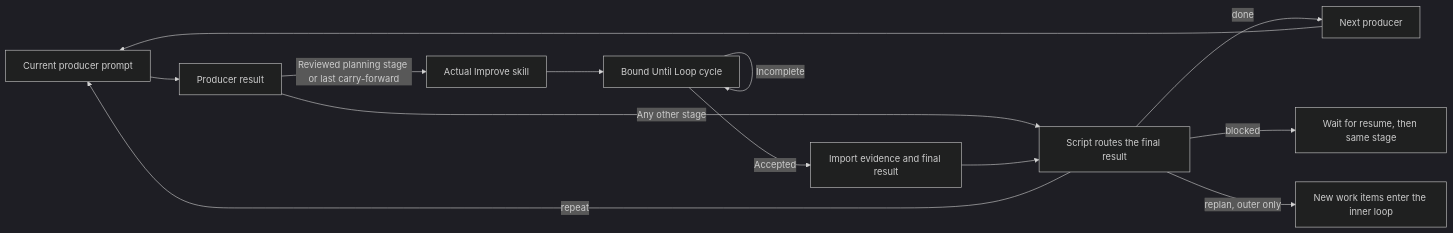
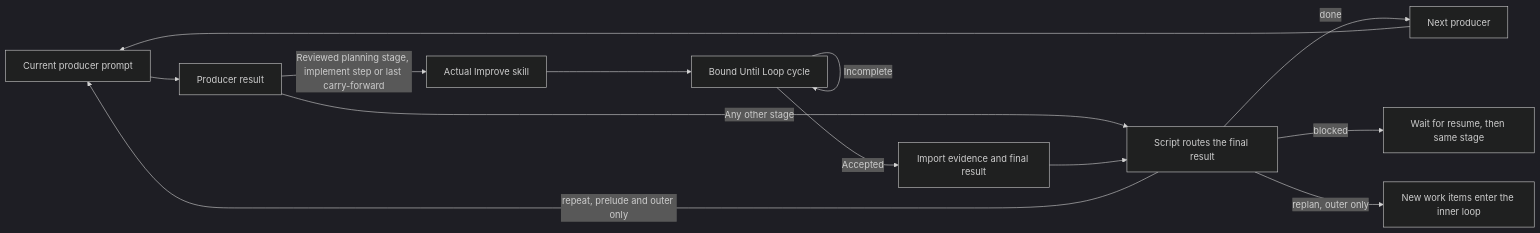
Before and after one commit to whichguy/skill-craft: the first of 4 diagrams in skills/shiploop/references/navigator.md, drawn with Mermaid (dark theme). The commit also changed other lines of this file and 80 other files, not shown here.

````diff
--- a/skills/shiploop/references/navigator.md
+++ b/skills/shiploop/references/navigator.md
@@ -20,15 +20,15 @@
 ```mermaid
 flowchart LR
   P[Current producer prompt] --> R[Producer result]
-  R -->|Reviewed planning stage or last carry-forward| I[Actual Improve skill]
+  R -->|Reviewed planning stage, implement step or last carry-forward| I[Actual Improve skill]
   R -->|Any other stage| F
   I --> U[Bound Until Loop cycle]
   U -->|Incomplete| U
   U -->|Accepted| C[Import evidence and final result]
   C --> F[Script routes the final result]
   F -->|done| N[Next producer]
-  F -->|repeat| P
+  F -->|repeat, prelude and outer only| P
   F -->|blocked| B[Wait for resume, then same stage]
   F -->|replan, outer only| W[New work items enter the inner loop]
   N --> P
 ```
````
